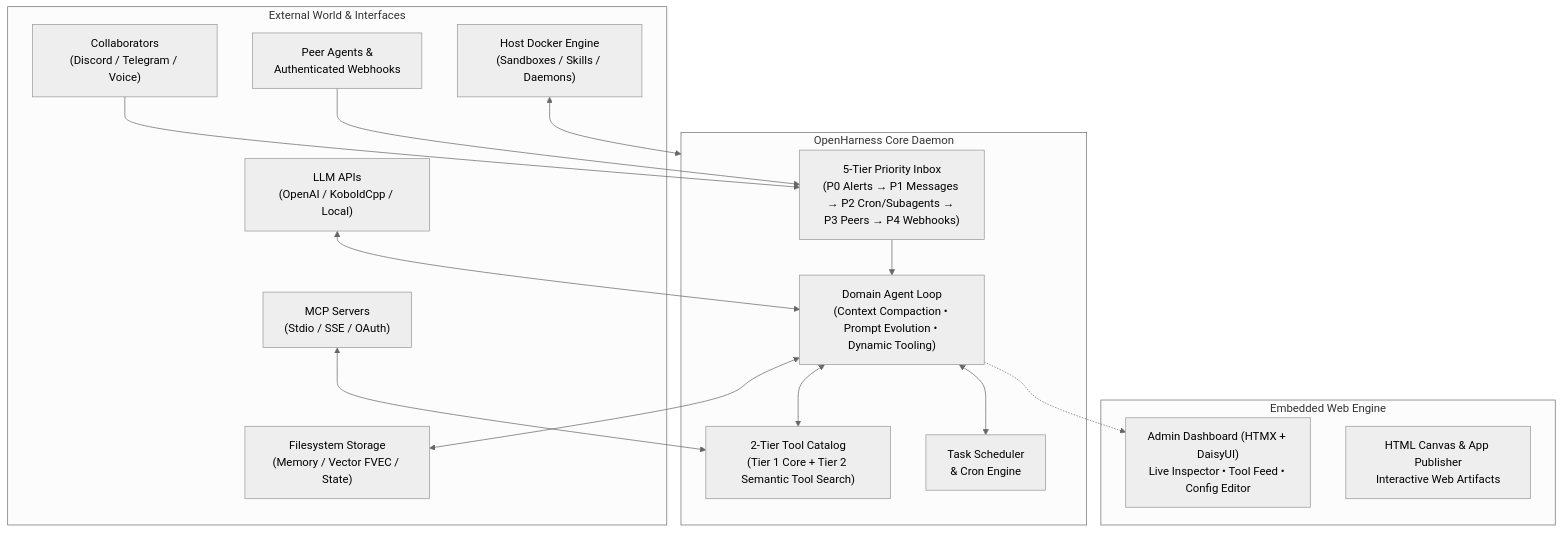
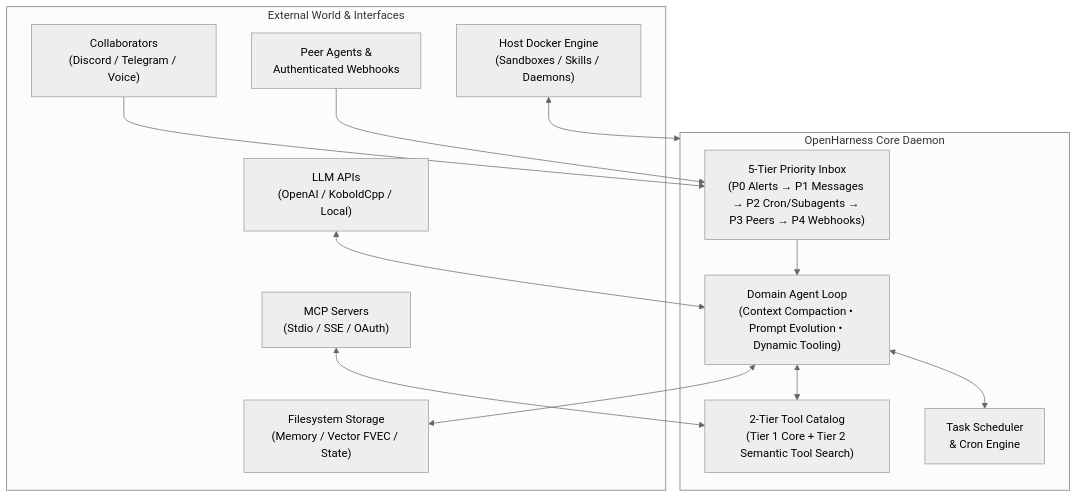
One commit to CamiloValderruten/openharness changed the diagram in README.md. Above: the diagram before and after it, drawn with Mermaid (neutral theme). The commit also changed other lines of this file and 8 other files, not shown here.

````diff
--- a/README.md
+++ b/README.md
@@ -42,34 +40,28 @@
 ```mermaid
 flowchart TB
     subgraph External["External World & Interfaces"]
         LLM["LLM APIs\n(OpenAI / KoboldCpp / Local)"]
         Operator["Collaborators\n(Discord / Telegram / Voice)"]
         Mesh["Peer Agents &\nAuthenticated Webhooks"]
         Disk["Filesystem Storage\n(Memory / Vector FVEC / State)"]
         DockerHost["Host Docker Engine\n(Sandboxes / Skills / Daemons)"]
         MCPWorld["MCP Servers\n(Stdio / SSE / OAuth)"]
     end
 
     subgraph Core["OpenHarness Core Daemon"]
         Inbox["5-Tier Priority Inbox\n(P0 Alerts → P1 Messages → P2 Cron/Subagents → P3 Peers → P4 Webhooks)"]
         AgentLoop["Domain Agent Loop\n(Context Compaction • Prompt Evolution • Dynamic Tooling)"]
         ToolCatalog["2-Tier Tool Catalog\n(Tier 1 Core + Tier 2 Semantic Tool Search)"]
         Scheduler["Task Scheduler\n& Cron Engine"]
     end
 
-    subgraph AdminUI["Embedded Web Engine"]
-        AdminServer["Admin Dashboard (HTMX + DaisyUI)\nLive Inspector • Tool Feed • Config Editor"]
-        Publisher["HTML Canvas & App Publisher\nInteractive Web Artifacts"]
-    end
-
     LLM <--> AgentLoop
     Operator --> Inbox
     Mesh --> Inbox
     DockerHost <--> Core
     MCPWorld <--> ToolCatalog
     Inbox --> AgentLoop
     AgentLoop <--> ToolCatalog
     AgentLoop <--> Disk
     AgentLoop <--> Scheduler
-    AgentLoop -.-> AdminServer
 ```
````
